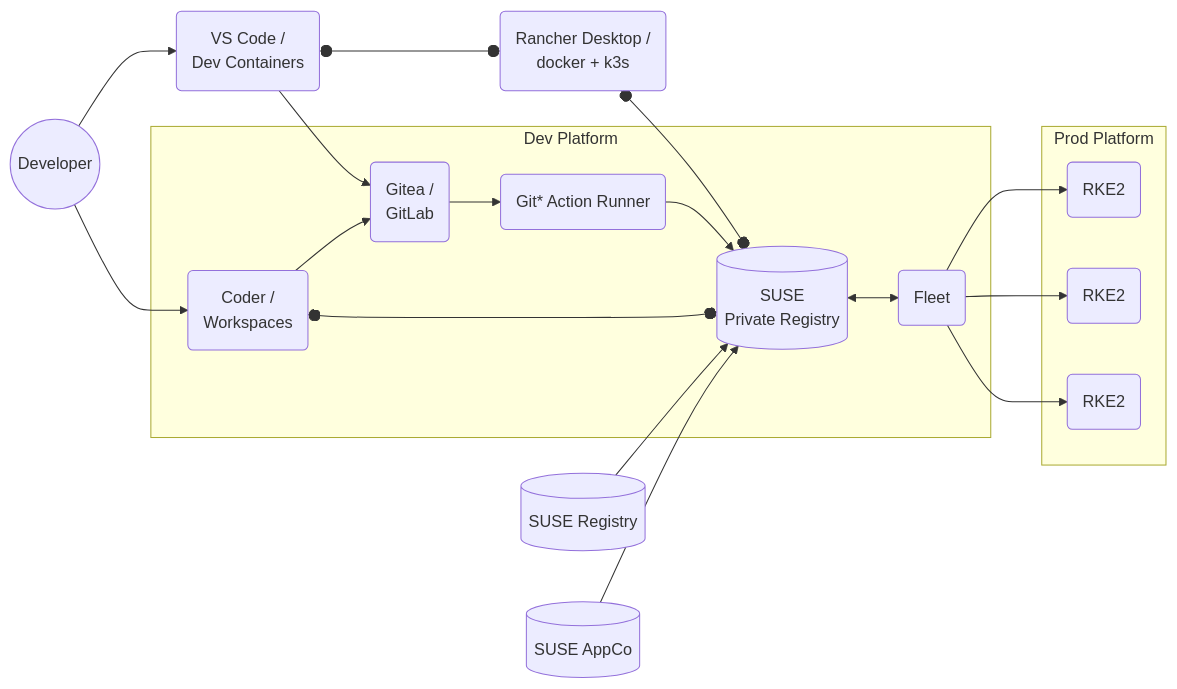
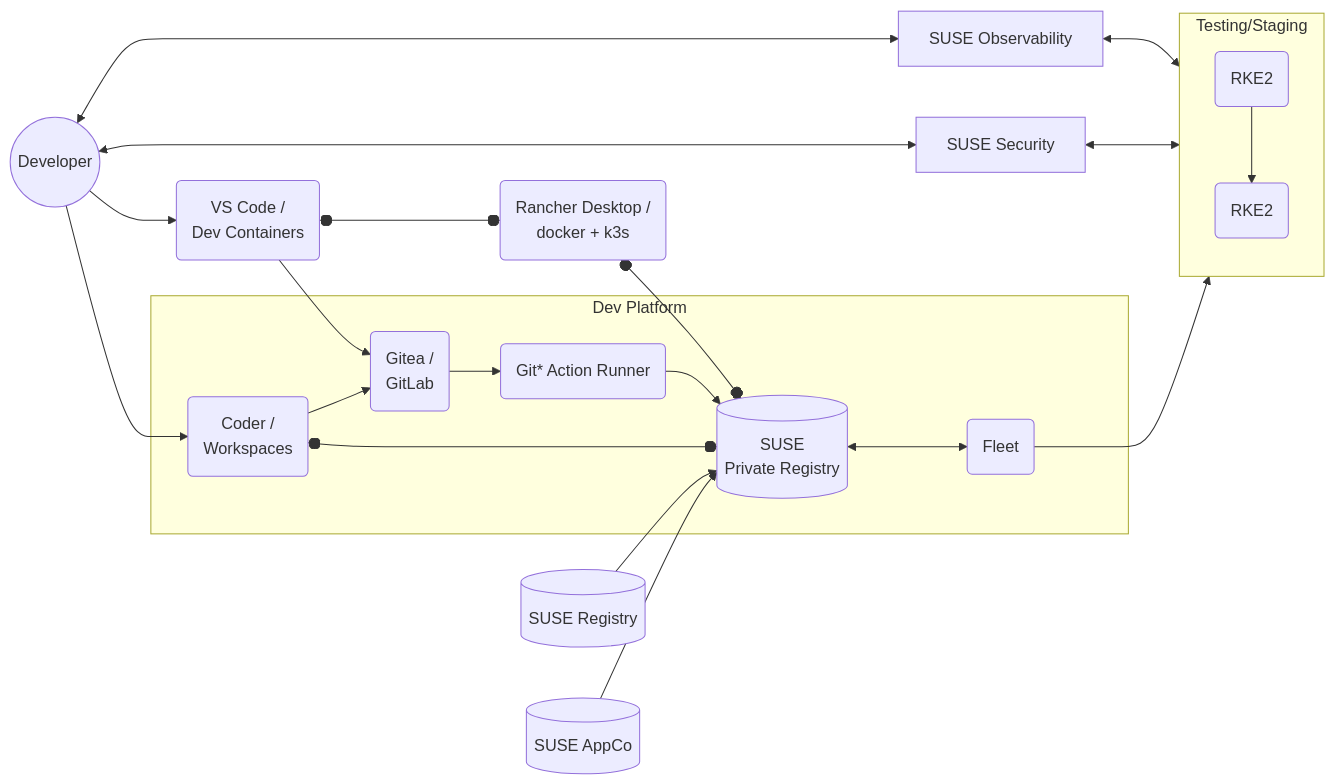
The diagram in docs/docs/intro.md (rancher/devx-designs), drawn with Mermaid before and after one commit.

Commit message:
Show Observability and Security in Test/Stage context.

````diff
--- a/docs/docs/intro.md
+++ b/docs/docs/intro.md
@@ -31,37 +31,46 @@
 ```mermaid
 flowchart LR
-
     Dev((Developer))
     --> VSC("VS Code /
     Dev Containers") 
     o--o RD("Rancher Desktop / 
             docker + k3s")
+    Dev <--> SO
+    Dev <--> SS
     RD o--o SPR
     VSC --> GT("Gitea /
             GitLab")
         Dev --> CD("Coder /
         Workspaces") 
     subgraph RancherPrime["Dev Platform"]
         CD --> GT --> GHA(Git* Action Runner)
         --> SPR[("SUSE 
         Private Registry")] <--> FLT(Fleet)
         CD o--o SPR
     end
-        subgraph PROD[Prod Platform]
-            FLT --> NODE1(RKE2)
-            FLT --> NODE2(RKE2)
-            FLT --> NODE3(RKE2)
-        end
+    SO["SUSE Observability"] <--> TEST
+    SS["SUSE Security"] <--> TEST 
+    FLT --> TEST
+    %% FLT --> PROD 
+
+    %% subgraph PROD[Prod Platform]
+    %%     NODE1(RKE2)
+    %%     NODE2(RKE2)
+    %% end
+    subgraph TEST[Testing/Staging]
+        NODE3(RKE2)
+        --> NODE4(RKE2)
+    end
 
 
     %% VSC --> GH("Github")
     %% CD --> GH
     %% GH --> GHA
 
     %% VSC --> GL("Gitlab")
     %% CD --> GL
     %% GL --> GHA
 
     BCI[(SUSE Registry)] --> SPR
     AC[(SUSE AppCo)] --> SPR
 ```
````
